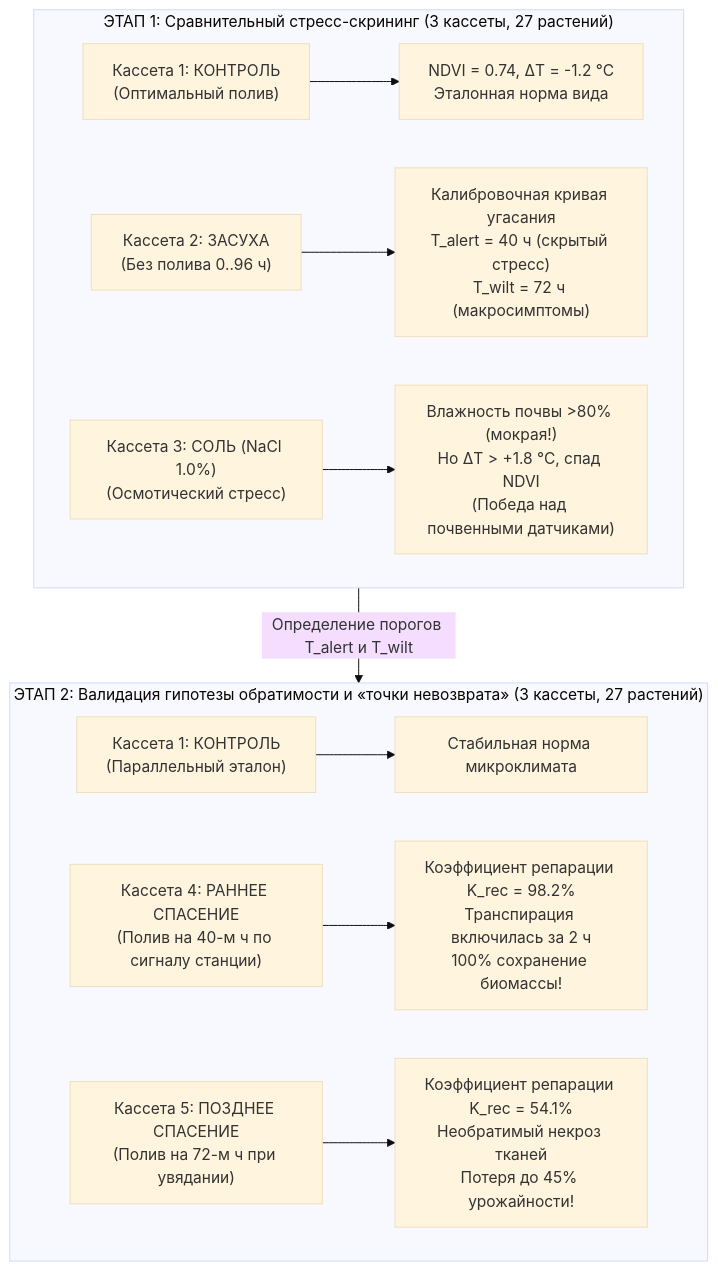
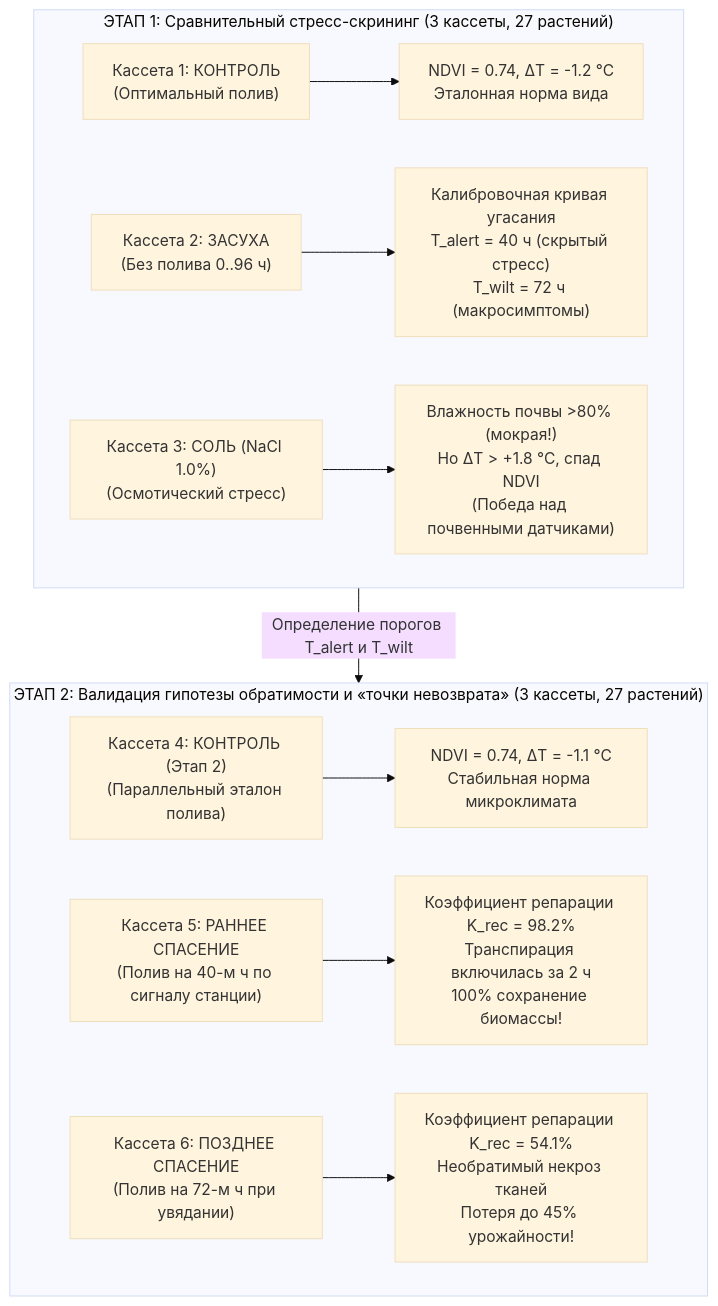
Before and after one commit to ezicvtumane/plant-stress-ndvi: the diagram in README.md, drawn with Mermaid (base theme). The commit also changed 2 other files, not shown here.

Commit message:
fix(station): complete 6-cassette two-phase scheme, fix latex artifact and add phase filter tabs

````diff
--- a/README.md
+++ b/README.md
@@ -175,16 +175,16 @@
 ```mermaid
 flowchart TD
     subgraph Phase1["ЭТАП 1: Сравнительный стресс-скрининг (3 кассеты, 27 растений)"]
         P1_C1["Кассета 1: КОНТРОЛЬ<br/>(Оптимальный полив)"] --> P1_R1["NDVI = 0.74, ΔT = -1.2 °C<br/>Эталонная норма вида"]
         P1_C2["Кассета 2: ЗАСУХА<br/>(Без полива 0..96 ч)"] --> P1_R2["Калибровочная кривая угасания<br/>T_alert = 40 ч (скрытый стресс)<br/>T_wilt = 72 ч (макросимптомы)"]
         P1_C3["Кассета 3: СОЛЬ (NaCl 1.0%)<br/>(Осмотический стресс)"] --> P1_R3["Влажность почвы >80% (мокрая!)<br/>Но ΔT > +1.8 °C, спад NDVI<br/>(Победа над почвенными датчиками)"]
     end
 
     subgraph Phase2["ЭТАП 2: Валидация гипотезы обратимости и «точки невозврата» (3 кассеты, 27 растений)"]
-        P2_C1["Кассета 1: КОНТРОЛЬ<br/>(Параллельный эталон)"] --> P2_R1["Стабильная норма микроклимата"]
-        P2_C4["Кассета 4: РАННЕЕ СПАСЕНИЕ<br/>(Полив на 40-м ч по сигналу станции)"] --> P2_R4["Коэффициент репарации K_rec = 98.2%<br/>Транспирация включилась за 2 ч<br/>100% сохранение биомассы!"]
-        P2_C5["Кассета 5: ПОЗДНЕЕ СПАСЕНИЕ<br/>(Полив на 72-м ч при увядании)"] --> P2_R5["Коэффициент репарации K_rec = 54.1%<br/>Необратимый некроз тканей<br/>Потеря до 45% урожайности!"]
+        P2_C4["Кассета 4: КОНТРОЛЬ (Этап 2)<br/>(Параллельный эталон полива)"] --> P2_R1["NDVI = 0.74, ΔT = -1.1 °C<br/>Стабильная норма микроклимата"]
+        P2_C5["Кассета 5: РАННЕЕ СПАСЕНИЕ<br/>(Полив на 40-м ч по сигналу станции)"] --> P2_R4["Коэффициент репарации K_rec = 98.2%<br/>Транспирация включилась за 2 ч<br/>100% сохранение биомассы!"]
+        P2_C6["Кассета 6: ПОЗДНЕЕ СПАСЕНИЕ<br/>(Полив на 72-м ч при увядании)"] --> P2_R5["Коэффициент репарации K_rec = 54.1%<br/>Необратимый некроз тканей<br/>Потеря до 45% урожайности!"]
     end
 
     Phase1 -->|Определение порогов T_alert и T_wilt| Phase2
 ```
````
